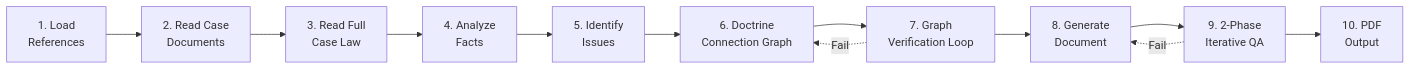
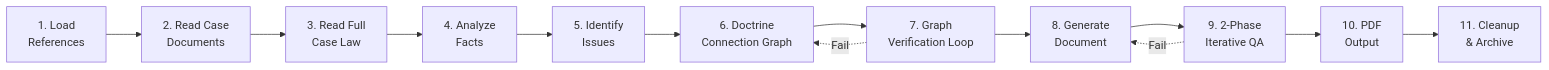
One commit to MegasKomnenos/legal-harness changed the diagram in README.en.md. Above: the diagram before and after it, drawn with Mermaid. The commit also changed other lines of this file and 4 other files, not shown here.

````diff
--- a/README.en.md
+++ b/README.en.md
@@ -13,14 +13,15 @@
 ```mermaid
 flowchart LR
     A["1. Load\nReferences"] --> B["2. Read Case\nDocuments"]
     B --> C["3. Read Full\nCase Law"] 
     C --> D["4. Analyze\nFacts"]
     D --> E["5. Identify\nIssues"]
     E --> F["6. Doctrine\nConnection Graph"]
     F --> G["7. Graph\nVerification Loop"]
     G --> H["8. Generate\nDocument"]
     H --> I["9. 2-Phase\nIterative QA"]
     I --> J["10. PDF\nOutput"]
+    J --> K["11. Cleanup\n& Archive"]
     I -.->|Fail| H
     G -.->|Fail| F
 ```
````
